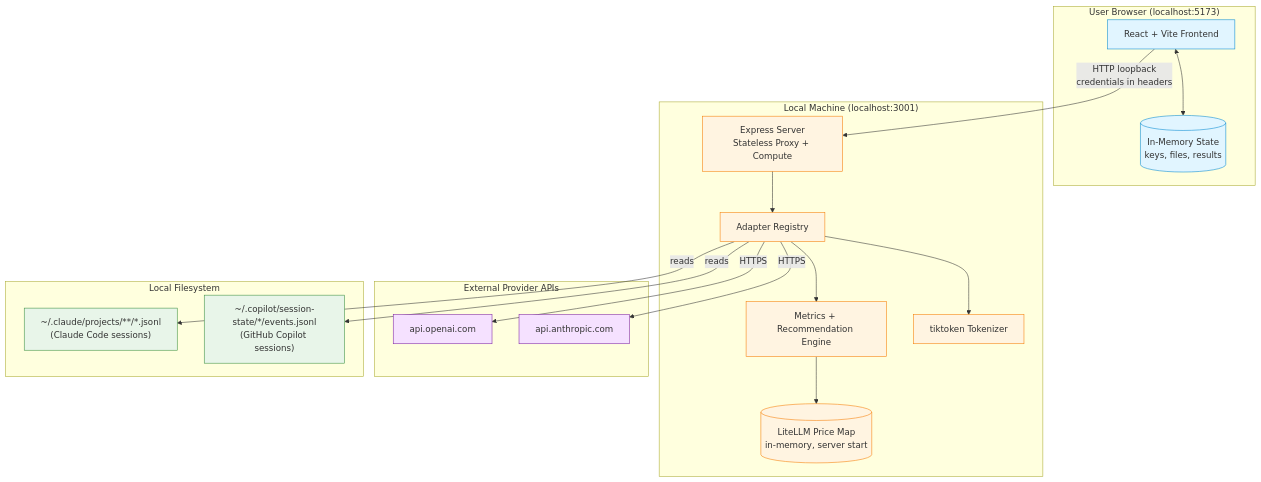
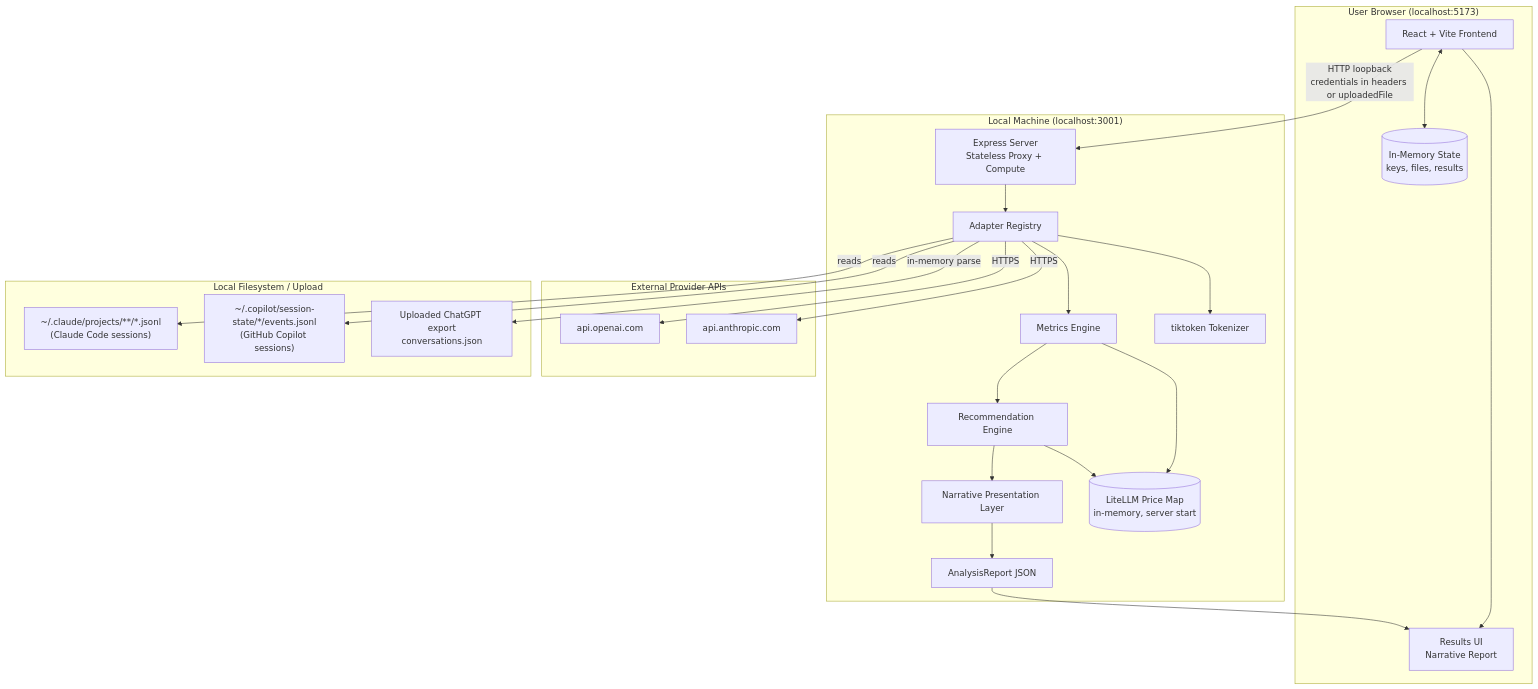
The first of 5 diagrams in docs/engineering-design.md (DaniHalfin/Promptly), drawn with Mermaid before and after one commit. The commit also changed other lines of this file and 16 other files, not shown here.

Commit message:
feat: Phase 1 — canonical ChatGPT adapter, Tier C metrics, per-source routes

````diff
--- a/docs/engineering-design.md
+++ b/docs/engineering-design.md
@@ -31,45 +33,48 @@
 ```mermaid
 graph TB
     subgraph Browser["User Browser (localhost:5173)"]
         UI[React + Vite Frontend]
         Mem[("In-Memory State<br/>keys, files, results")]
+        Results[Results UI<br/>Narrative Report]
         UI <--> Mem
+        UI --> Results
     end
 
     subgraph Local["Local Machine (localhost:3001)"]
         API[Express Server<br/>Stateless Proxy + Compute]
         ADP[Adapter Registry]
-        ENG[Metrics + Recommendation Engine]
+        MET[Metrics Engine]
+        REC[Recommendation Engine]
+        PRE[Narrative Presentation Layer]
+        REPORT[AnalysisReport JSON]
         PRICE[(LiteLLM Price Map<br/>in-memory, server start)]
         TT[tiktoken Tokenizer]
         API --> ADP
-        ADP --> ENG
-        ENG --> PRICE
+        ADP --> MET
+        MET --> REC
+        REC --> PRE
+        PRE --> REPORT
+        MET --> PRICE
+        REC --> PRICE
         ADP --> TT
     end
 
     subgraph External["External Provider APIs"]
         OAI[api.openai.com]
         ANT[api.anthropic.com]
     end
 
-    subgraph LocalFS["Local Filesystem"]
+    subgraph LocalFS["Local Filesystem / Upload"]
         CC["~/.claude/projects/**/*.jsonl<br/>(Claude Code sessions)"]
         GHC["~/.copilot/session-state/*/events.jsonl<br/>(GitHub Copilot sessions)"]
+        CGE["Uploaded ChatGPT export<br/>conversations.json"]
     end
 
-    UI -->|HTTP loopback<br/>credentials in headers| API
+    UI -->|HTTP loopback<br/>credentials in headers or uploadedFile| API
+    REPORT --> Results
     ADP -->|HTTPS| OAI
     ADP -->|HTTPS| ANT
     ADP -->|reads| CC
     ADP -->|reads| GHC
-
-    classDef browser fill:#e1f5ff,stroke:#0288d1
-    classDef local fill:#fff4e1,stroke:#f57c00
-    classDef external fill:#f5e1ff,stroke:#7b1fa2
-    classDef localfs fill:#e8f5e9,stroke:#388e3c
-    class UI,Mem browser
-    class API,ADP,ENG,PRICE,TT local
-    class OAI,ANT external
-    class CC,GHC localfs
+    ADP -->|in-memory parse| CGE
 ```
````
